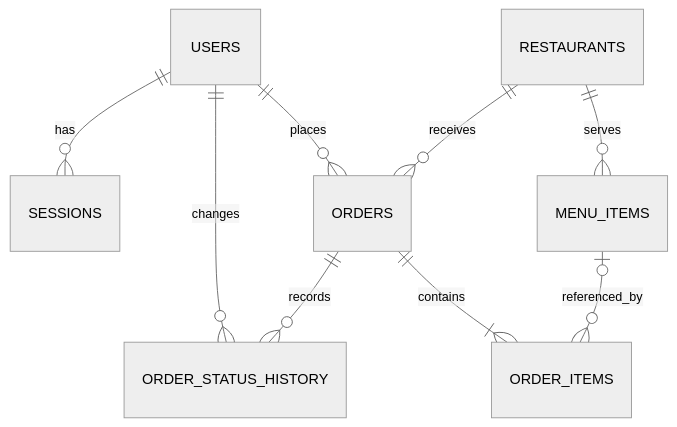
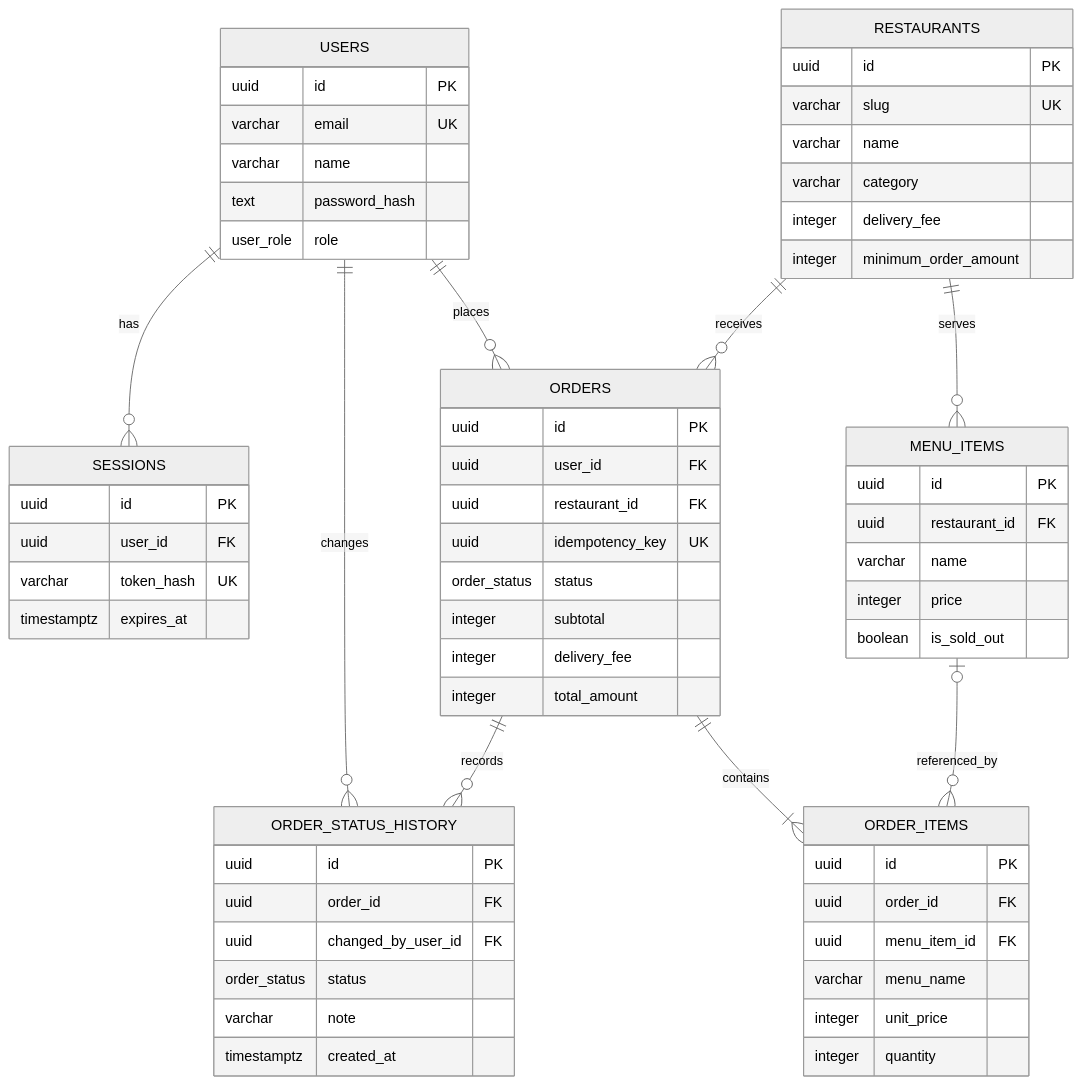
One commit to sieuno3o/delivery-app-final-project changed the diagram in docs/database.md. Above: the diagram before and after it, drawn with Mermaid (neutral theme). The commit also changed other lines of this file and 5 other files, not shown here.

````diff
--- a/docs/database.md
+++ b/docs/database.md
@@ -5,11 +9,72 @@
 ```mermaid
 erDiagram
     USERS ||--o{ SESSIONS : has
     USERS ||--o{ ORDERS : places
     USERS ||--o{ ORDER_STATUS_HISTORY : changes
     RESTAURANTS ||--o{ MENU_ITEMS : serves
     RESTAURANTS ||--o{ ORDERS : receives
     ORDERS ||--|{ ORDER_ITEMS : contains
     ORDERS ||--o{ ORDER_STATUS_HISTORY : records
     MENU_ITEMS o|--o{ ORDER_ITEMS : referenced_by
+
+    USERS {
+        uuid id PK
+        varchar email UK
+        varchar name
+        text password_hash
+        user_role role
+    }
+
+    SESSIONS {
+        uuid id PK
+        uuid user_id FK
+        varchar token_hash UK
+        timestamptz expires_at
+    }
+
+    RESTAURANTS {
+        uuid id PK
+        varchar slug UK
+        varchar name
+        varchar category
+        integer delivery_fee
+        integer minimum_order_amount
+    }
+
+    MENU_ITEMS {
+        uuid id PK
+        uuid restaurant_id FK
+        varchar name
+        integer price
+        boolean is_sold_out
+    }
+
+    ORDERS {
+        uuid id PK
+        uuid user_id FK
+        uuid restaurant_id FK
+        uuid idempotency_key UK
+        order_status status
+        integer subtotal
+        integer delivery_fee
+        integer total_amount
+    }
+
+    ORDER_ITEMS {
+        uuid id PK
+        uuid order_id FK
+        uuid menu_item_id FK
+        varchar menu_name
+        integer unit_price
+        integer quantity
+    }
+
+    ORDER_STATUS_HISTORY {
+        uuid id PK
+        uuid order_id FK
+        uuid changed_by_user_id FK
+        order_status status
+        varchar note
+        timestamptz created_at
+    }
 ```
````
